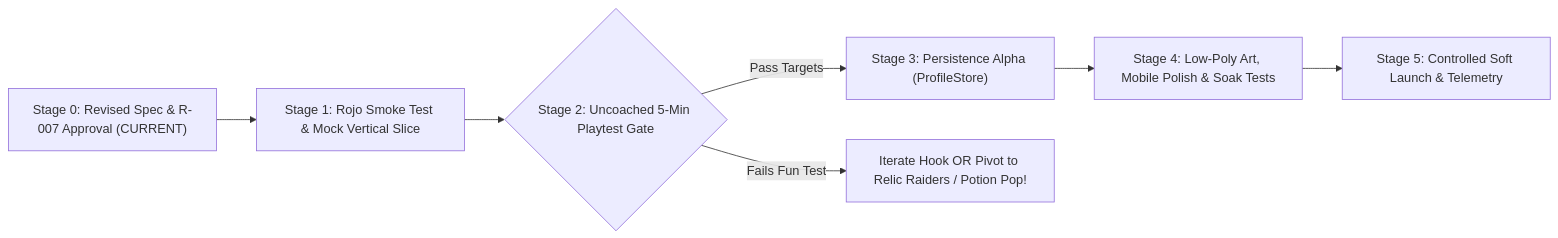
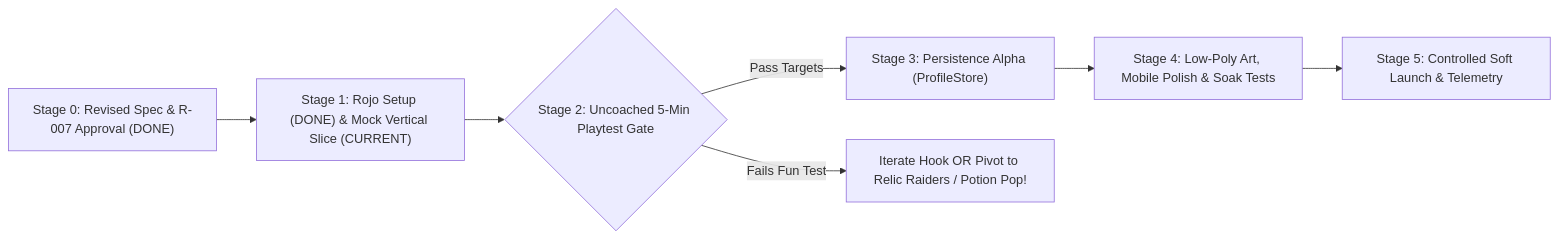
The diagram in docs/DEVELOPMENT_ROADMAP.md (jtchu22-debug/roblox-game-project), drawn with Mermaid before and after one commit. The commit also changed other lines of this file and 32 other files, not shown here.

Commit message:
Stage 1 Prep (S1-00): Pin Rojo v7.4.4, establish Luau skeleton, coding standards, dev setup guide, and prioritized MVP task list

````diff
--- a/docs/DEVELOPMENT_ROADMAP.md
+++ b/docs/DEVELOPMENT_ROADMAP.md
@@ -24,9 +24,9 @@
 ```mermaid
 flowchart LR
-    S0["Stage 0: Revised Spec & R-007 Approval (CURRENT)"] --> S1["Stage 1: Rojo Smoke Test & Mock Vertical Slice"]
+    S0["Stage 0: Revised Spec & R-007 Approval (DONE)"] --> S1["Stage 1: Rojo Setup (DONE) & Mock Vertical Slice (CURRENT)"]
     S1 --> S2{"Stage 2: Uncoached 5-Min Playtest Gate"}
     S2 -->|"Pass Targets"| S3["Stage 3: Persistence Alpha (ProfileStore)"]
     S2 -->|"Fails Fun Test"| PIVOT["Iterate Hook OR Pivot to Relic Raiders / Potion Pop!"]
     S3 --> S4["Stage 4: Low-Poly Art, Mobile Polish & Soak Tests"]
     S4 --> S5["Stage 5: Controlled Soft Launch & Telemetry"]
 ```
````
